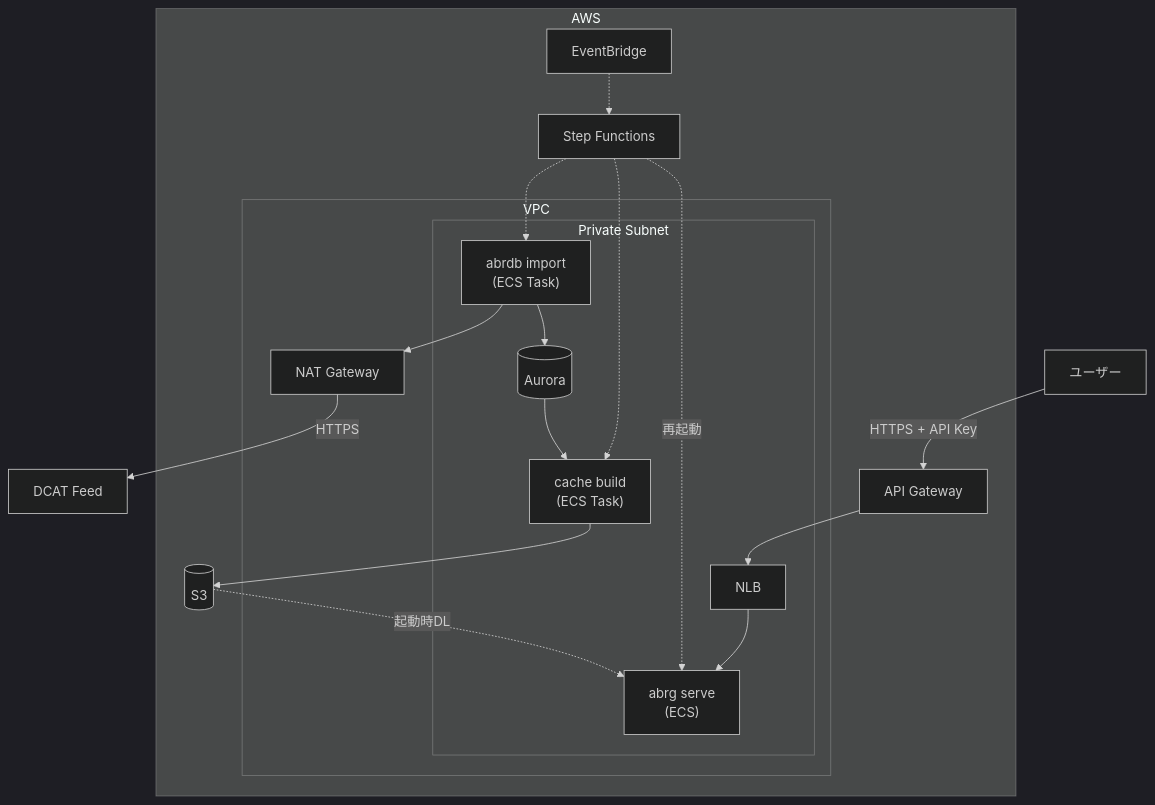
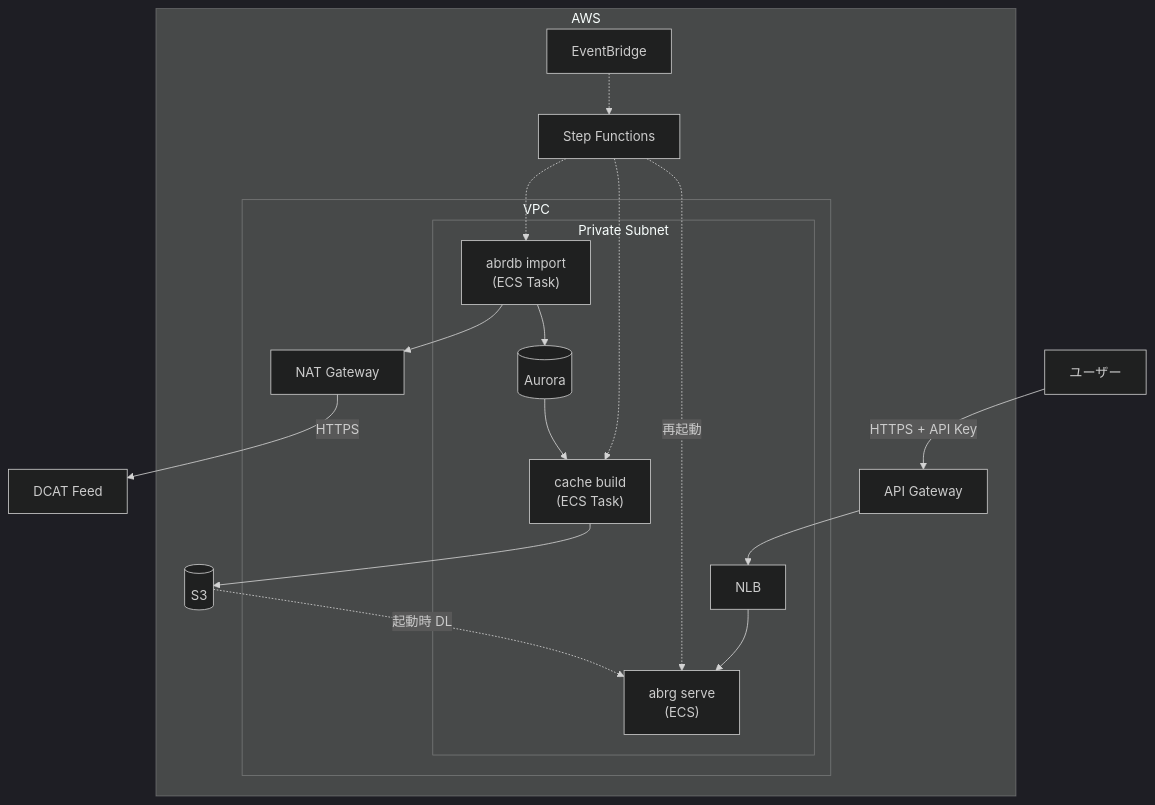
One commit to digital-go-jp/abr-geocoder changed the first of 3 diagrams in docs/aws/README.md. Above: the diagram before and after it, drawn with Mermaid (dark theme). The commit also changed other lines of this file and 6 other files, not shown here.

````diff
--- a/docs/aws/README.md
+++ b/docs/aws/README.md
@@ -7,36 +7,36 @@
 ```mermaid
 flowchart TB
     USER["ユーザー"]
     DCAT["DCAT Feed"]
 
     subgraph AWS
         APIGW["API Gateway"]
         S3[("S3")]
         EB["EventBridge"]
         SFN["Step Functions"]
 
         subgraph VPC
             subgraph "Private Subnet"
                 NLB["NLB"]
                 ABRG["abrg serve<br/>(ECS)"]
                 IMPORT["abrdb import<br/>(ECS Task)"]
                 CACHE["cache build<br/>(ECS Task)"]
                 AURORA[("Aurora")]
             end
             NAT["NAT Gateway"]
         end
     end
 
     USER -->|HTTPS + API Key| APIGW
     APIGW --> NLB --> ABRG
-    S3 -.->|起動時DL| ABRG
+    S3 -.->|起動時 DL| ABRG
 
     EB -.-> SFN
     SFN -.-> IMPORT
     SFN -.-> CACHE
     SFN -.->|再起動| ABRG
 
     IMPORT --> NAT -->|HTTPS| DCAT
     IMPORT --> AURORA
     AURORA --> CACHE --> S3
 ```
````
